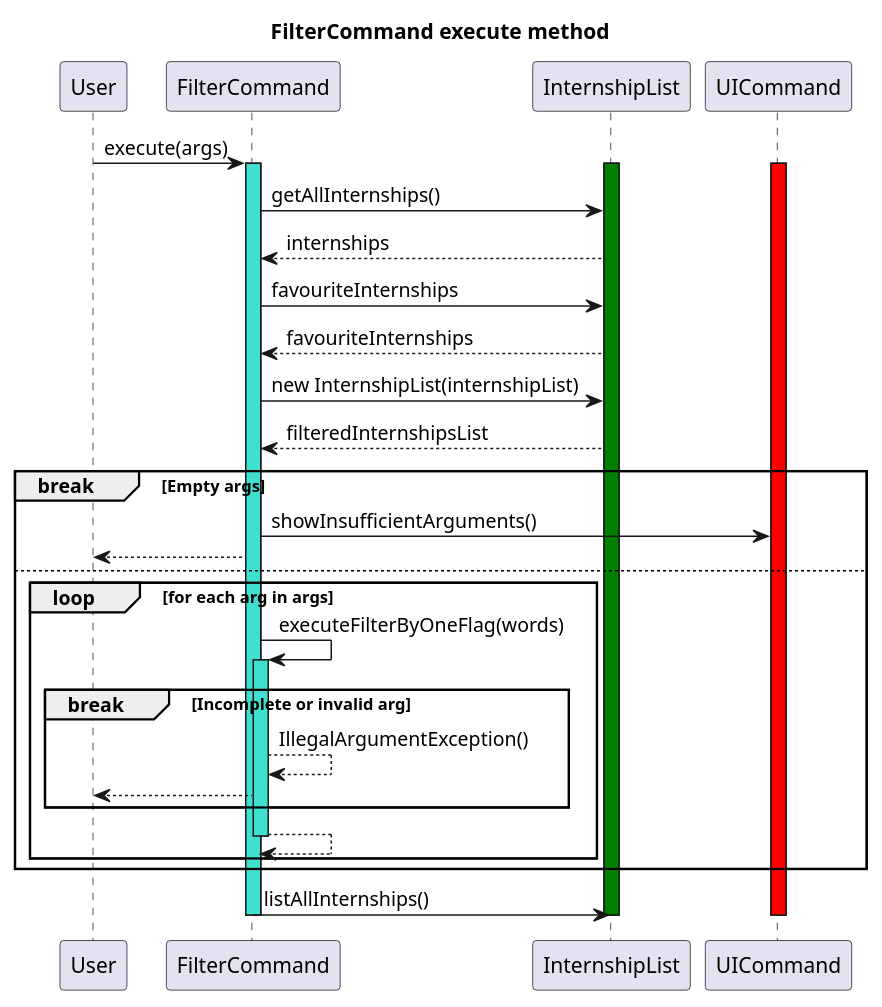
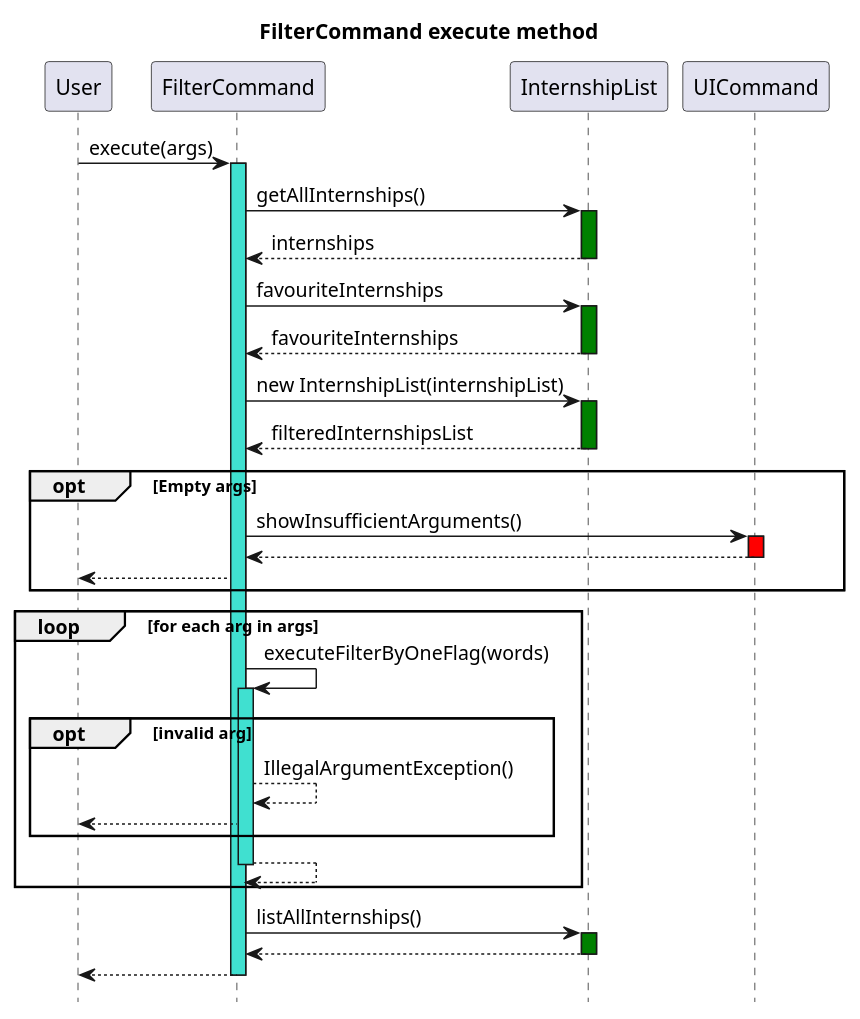
One commit to nus-cs2113-AY2425S1/tp changed the diagram in docs/UML/FilterCommand.puml. Above: the diagram before and after it, drawn with PlantUML.

Commit message:
Chnage Filter Command sequence diagram

```diff
--- a/docs/UML/FilterCommand.puml
+++ b/docs/UML/FilterCommand.puml
@@ -1,44 +1,53 @@
 @startuml
 Title FilterCommand execute method
 
 participant User
 participant FilterCommand
 participant InternshipList
 participant UICommand
+hide footbox
 
 User -> FilterCommand: execute(args)
 activate FilterCommand #turquoise
-activate InternshipList #green
-activate UICommand #red
 
 FilterCommand -> InternshipList: getAllInternships()
+activate InternshipList #green
 InternshipList --> FilterCommand: internships
+deactivate InternshipList
 
 FilterCommand -> InternshipList: favouriteInternships
+activate InternshipList #green
 InternshipList --> FilterCommand: favouriteInternships
+deactivate InternshipList
 
 FilterCommand -> InternshipList: new InternshipList(internshipList)
+activate InternshipList #green
 InternshipList --> FilterCommand: filteredInternshipsList
+deactivate InternshipList
 
-break Empty args
+opt Empty args
     FilterCommand -> UICommand: showInsufficientArguments()
+    activate UICommand #red
+    UICommand --> FilterCommand
+    deactivate UICommand
     FilterCommand --> User
-else
-    loop for each arg in args
-        FilterCommand -> FilterCommand: executeFilterByOneFlag(words)
-        activate FilterCommand #turquoise
-        break Incomplete or invalid arg
-        FilterCommand --> FilterCommand: IllegalArgumentException()
-        FilterCommand --> User
-        end break
-        FilterCommand --> FilterCommand
-        deactivate FilterCommand
+end
+loop for each arg in args
+    FilterCommand -> FilterCommand: executeFilterByOneFlag(words)
+    activate FilterCommand #turquoise
+    opt invalid arg
+    FilterCommand --> FilterCommand: IllegalArgumentException()
+    FilterCommand --> User
     end
-end break
+    FilterCommand --> FilterCommand
+    deactivate FilterCommand
+end
 
 FilterCommand -> InternshipList: listAllInternships()
+activate InternshipList #green
+InternshipList --> FilterCommand
+deactivate InternshipList
+FilterCommand --> User
 deactivate FilterCommand
-deactivate InternshipList
-deactivate UICommand
 
 @enduml
```
